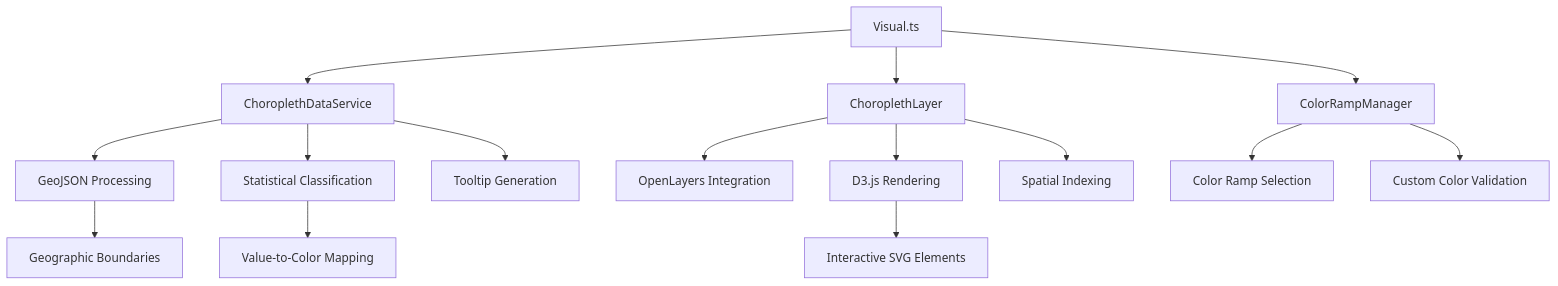
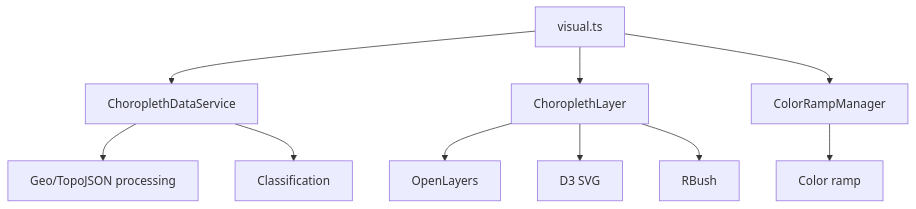
One commit to maplumi/maplumi-pbi changed the diagram in spec/choropleth/choropleth-specification.md. Above: the diagram before and after it, drawn with Mermaid. The commit also changed other lines of this file and 6 other files, not shown here.

````diff
--- a/spec/choropleth/choropleth-specification.md
+++ b/spec/choropleth/choropleth-specification.md
@@ -24,21 +24,12 @@
 ```mermaid
 graph TD
-    A[Visual.ts] --> B[ChoroplethDataService]
-    A --> C[ChoroplethLayer]
-    A --> D[ColorRampManager]
-    
-    B --> E["GeoJSON Processing"]
-    B --> F["Statistical Classification"]
-    B --> G["Tooltip Generation"]
-    
-    C --> H["OpenLayers Integration"]
-    C --> I["D3.js Rendering"]
-    C --> J["Spatial Indexing"]
-    
-    D --> K["Color Ramp Selection"]
-    D --> L["Custom Color Validation"]
-    
-    E --> M["Geographic Boundaries"]
-    F --> N["Value-to-Color Mapping"]
-    I --> O["Interactive SVG Elements"]
+    V[visual.ts] --> DS[ChoroplethDataService]
+    V --> L[ChoroplethLayer]
+    V --> CM[ColorRampManager]
+    DS --> GJ[Geo/TopoJSON processing]
+    DS --> CL[Classification]
+    L --> OL[OpenLayers]
+    L --> D3[D3 SVG]
+    L --> RB[RBush]
+    CM --> CR[Color ramp]
 ```
````
